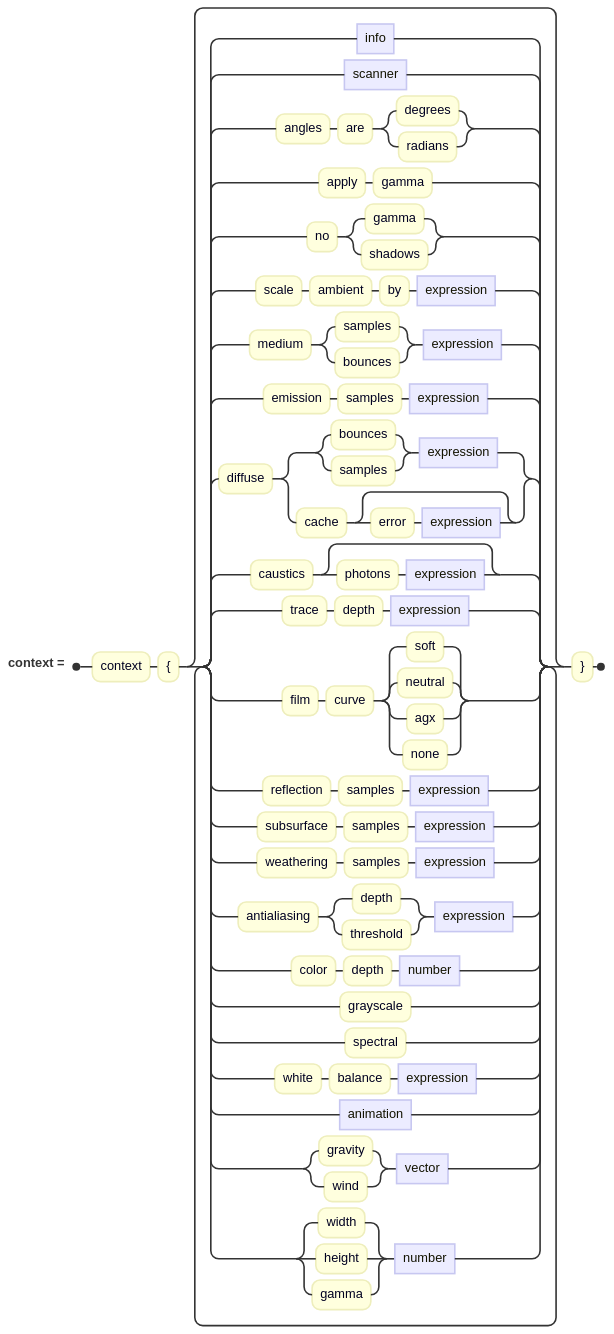
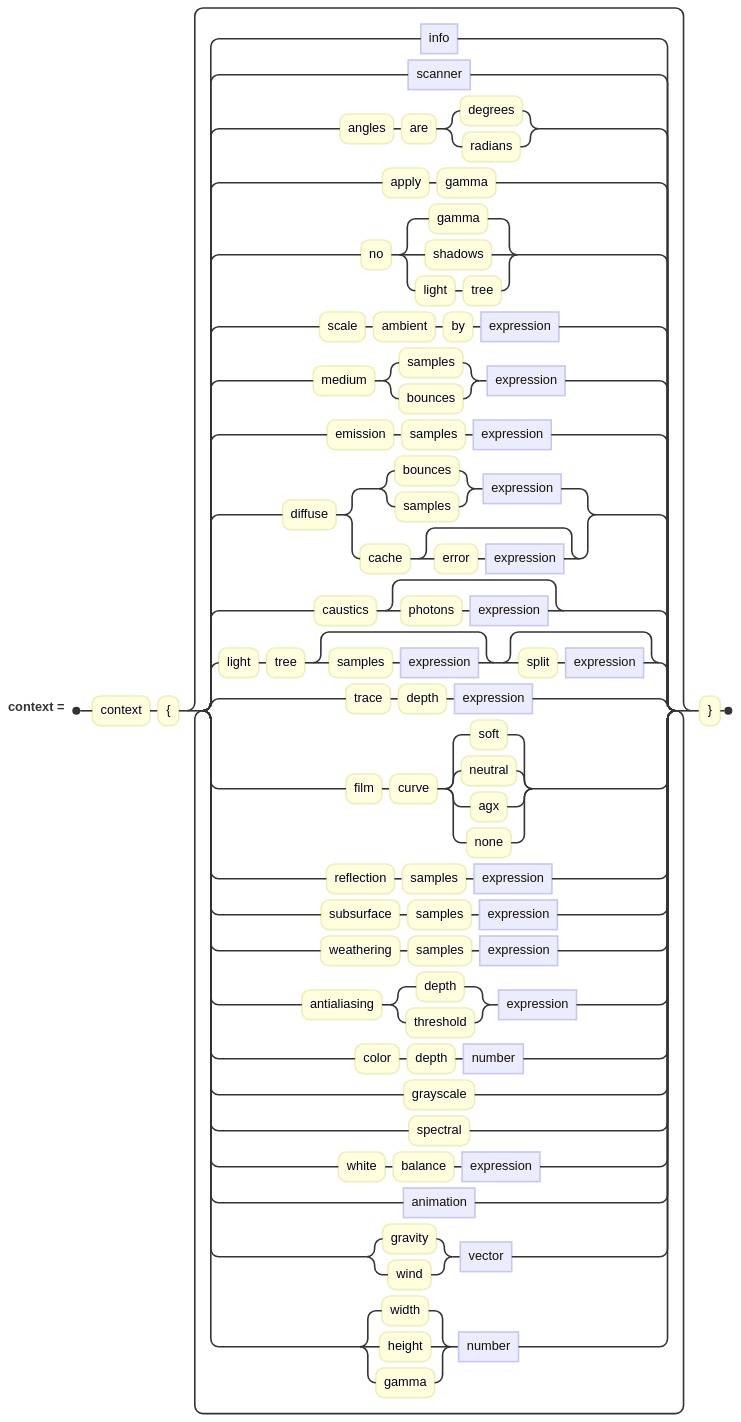
One commit to jskress/RayTracer changed the diagram in docs/diagrams/context/contextClause.mmd. Above: the diagram before and after it, drawn with Mermaid. The commit also changed 27 other files, not shown here.

```diff
--- a/docs/diagrams/context/contextClause.mmd
+++ b/docs/diagrams/context/contextClause.mmd
@@ -1,20 +1,21 @@
 railroad-ebnf-beta
 title "The context block"
 
 context = "context" "{" { info | scanner | "angles" "are" ( "degrees" | "radians" )
-        | "apply" "gamma" | "no" ( "gamma" | "shadows" )
+        | "apply" "gamma" | "no" ( "gamma" | "shadows" | "light" "tree" )
         | "scale" "ambient" "by" expression
         | "medium" ( "samples" | "bounces" ) expression
         | "emission" "samples" expression
         | "diffuse" ( ( "bounces" | "samples" ) expression | "cache" [ "error" expression ] )
         | "caustics" [ "photons" expression ]
+        | "light" "tree" [ "samples" expression ] [ "split" expression ]
         | "trace" "depth" expression
         | "film" "curve" ( "soft" | "neutral" | "agx" | "none" )
         | "reflection" "samples" expression
         | "subsurface" "samples" expression
         | "weathering" "samples" expression
         | "antialiasing" ( "depth" | "threshold" ) expression
         | "color" "depth" number | "grayscale" | "spectral"
         | "white" "balance" expression
         | animation | ( "gravity" | "wind" ) vector
         | ( "width" | "height" | "gamma" ) number } "}" ;
```
